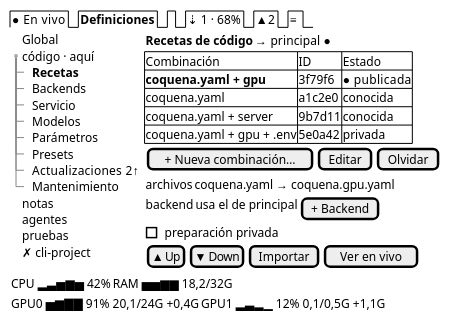
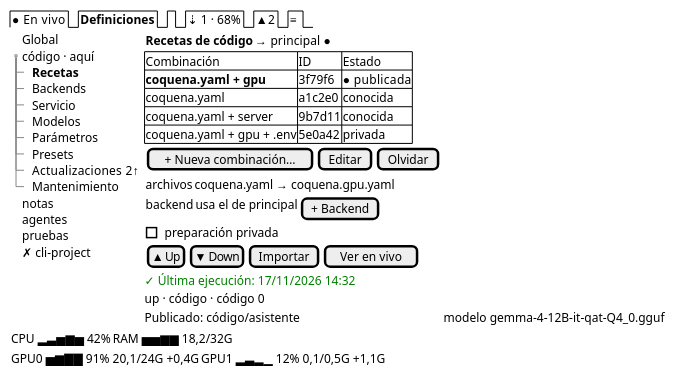
One commit to mstranich/coquena changed the diagram in docs/design/tui/B-definiciones-recetas.salt.puml. Above: the diagram before and after it, drawn with PlantUML. The commit also changed 8 other files, not shown here.

```diff
--- a/docs/design/tui/B-definiciones-recetas.salt.puml
+++ b/docs/design/tui/B-definiciones-recetas.salt.puml
@@ -1,41 +1,44 @@
 @startsalt
 {
   {/ ● En vivo | <b>Definiciones | . | ⇣ 1 · 68% | ▲ 2 | ≡ }
   {
     {
     {T
       + Global
       + código · aquí
       ++ <b>Recetas
       ++ Backends
       ++ Servicio
       ++ Modelos
       ++ Parámetros
       ++ Presets
       ++ Actualizaciones 2↑
       ++ Mantenimiento
       + notas
       + agentes
       + pruebas
       + ✗ cli-project
     }
     } | {
       { <b>Recetas de código | → principal ● }
       {#
         Combinación | ID | Estado
         <b>coquena.yaml + gpu | 3f79f6 | ● publicada
         coquena.yaml | a1c2e0 | conocida
         coquena.yaml + server | 9b7d11 | conocida
         coquena.yaml + gpu + .env | 5e0a42 | privada
       }
       { [+ Nueva combinación…] | [Editar] | [Olvidar] }
       { archivos | coquena.yaml → coquena.gpu.yaml }
       { backend | usa el de principal | [+ Backend] }
       [ ] preparación privada
       { [▲ Up] | [▼ Down] | [Importar] | [Ver en vivo] }
+      <color:green>✓ Última ejecución: 17/11/2026 14:32
+      up · código · código 0
+      Publicado: código/asistente | modelo gemma-4-12B-it-qat-Q4_0.gguf
     }
   }
   { CPU ▂▃▅▆▅ 42% | RAM ▅▅▆▆ 18,2/32G }
   { GPU0 ▅▆▇▇ 91% 20,1/24G +0,4G | GPU1 ▂▃▂▁ 12% 0,1/0,5G +1,1G }
 }
 @endsalt
```
